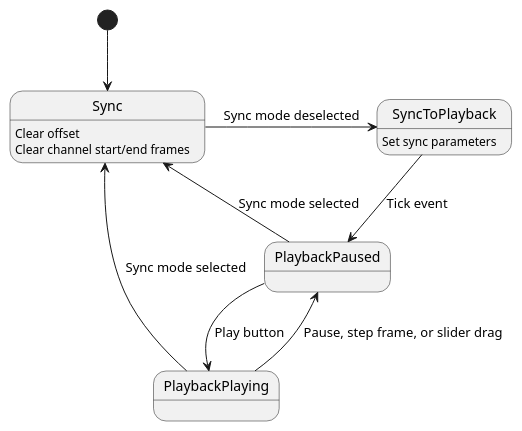
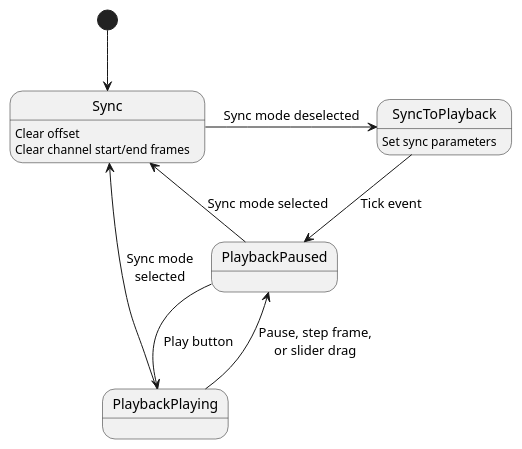
The first of 2 diagrams in design/Video synchronization.md (timwalsh41/SwingAnalyzer), drawn with PlantUML before and after one commit. The commit also changed 7 other files, not shown here.

Commit message:
Changed playback complete and frame update handling to be in main thread in VideoChannel and SyncManager

````diff
--- a/design/Video synchronization.md
+++ b/design/Video synchronization.md
@@ -9,24 +9,24 @@
 ```plantuml
 
 @startuml
 
 [*] --> Sync
 
 Sync -> SyncToPlayback : Sync mode deselected
 Sync: Clear offset
 Sync: Clear channel start/end frames
 
 SyncToPlayback --> PlaybackPaused : Tick event
 SyncToPlayback: Set sync parameters
 
 PlaybackPaused --> PlaybackPlaying: Play button
 
-PlaybackPlaying --> PlaybackPaused : Pause, step frame, or slider drag
+PlaybackPlaying --> PlaybackPaused : Pause, step frame,\nor slider drag
 
-PlaybackPlaying --> Sync : Sync mode selected
+PlaybackPlaying --> Sync : Sync mode\nselected
 
 PlaybackPaused --> Sync: Sync mode selected
 
 @enduml
 
 ```
````
